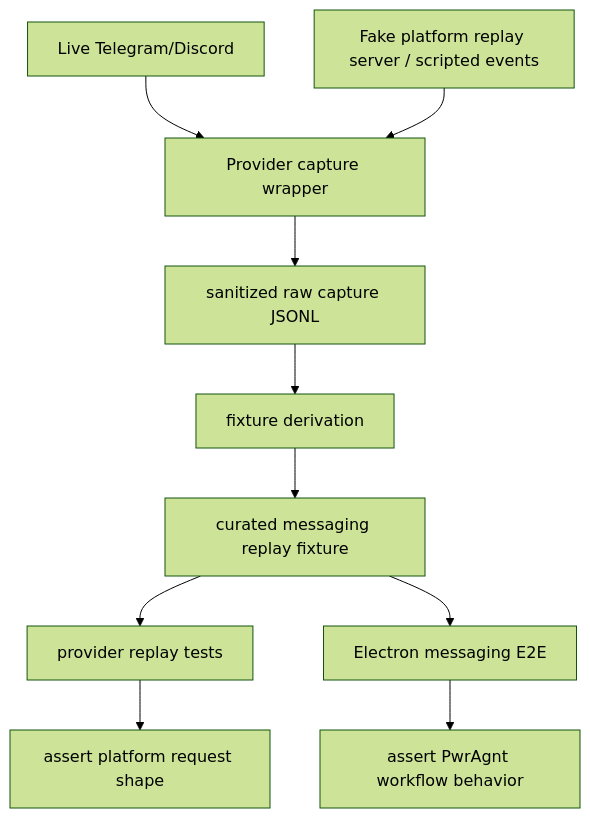
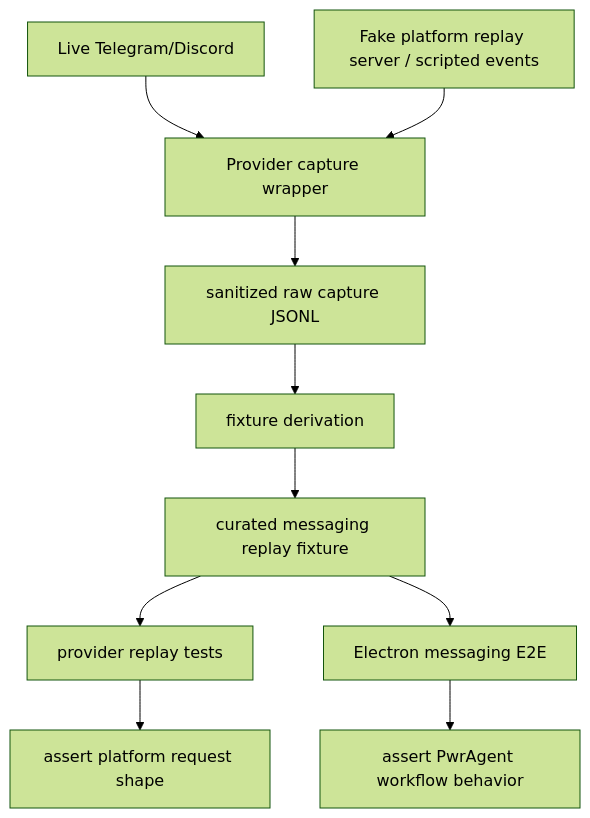
The diagram in docs/plans/2026-04-30-004-feat-messaging-provider-replay-harness-plan.md (pwrdrvr/PwrAgent), drawn with Mermaid (forest theme) before and after one commit. The commit also changed other lines of this file and 346 other files, not shown here.

First line of the commit message:
feat(desktop): rebrand PwrAgnt to PwrAgent (#161)

````diff
--- a/docs/plans/2026-04-30-004-feat-messaging-provider-replay-harness-plan.md
+++ b/docs/plans/2026-04-30-004-feat-messaging-provider-replay-harness-plan.md
@@ -220,12 +220,12 @@
 ```mermaid
 flowchart TB
   Live["Live Telegram/Discord"] --> Capture["Provider capture wrapper"]
   Fake["Fake platform replay server / scripted events"] --> Capture
   Capture --> Raw["sanitized raw capture JSONL"]
   Raw --> Derive["fixture derivation"]
   Derive --> Fixture["curated messaging replay fixture"]
   Fixture --> ProviderTests["provider replay tests"]
   Fixture --> DesktopE2E["Electron messaging E2E"]
   ProviderTests --> AssertApi["assert platform request shape"]
-  DesktopE2E --> AssertWorkflow["assert PwrAgnt workflow behavior"]
+  DesktopE2E --> AssertWorkflow["assert PwrAgent workflow behavior"]
 ```
````
